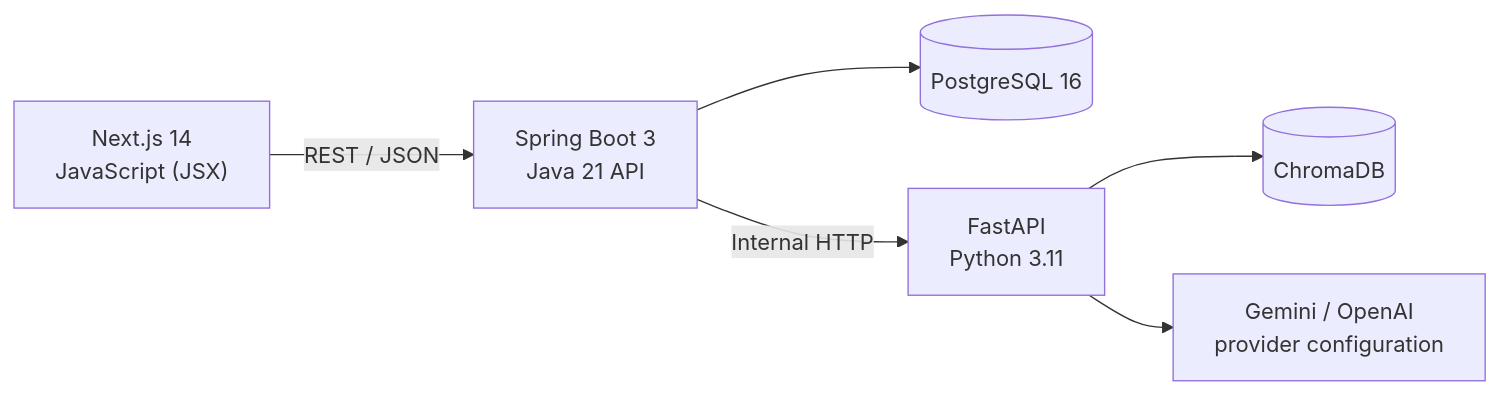
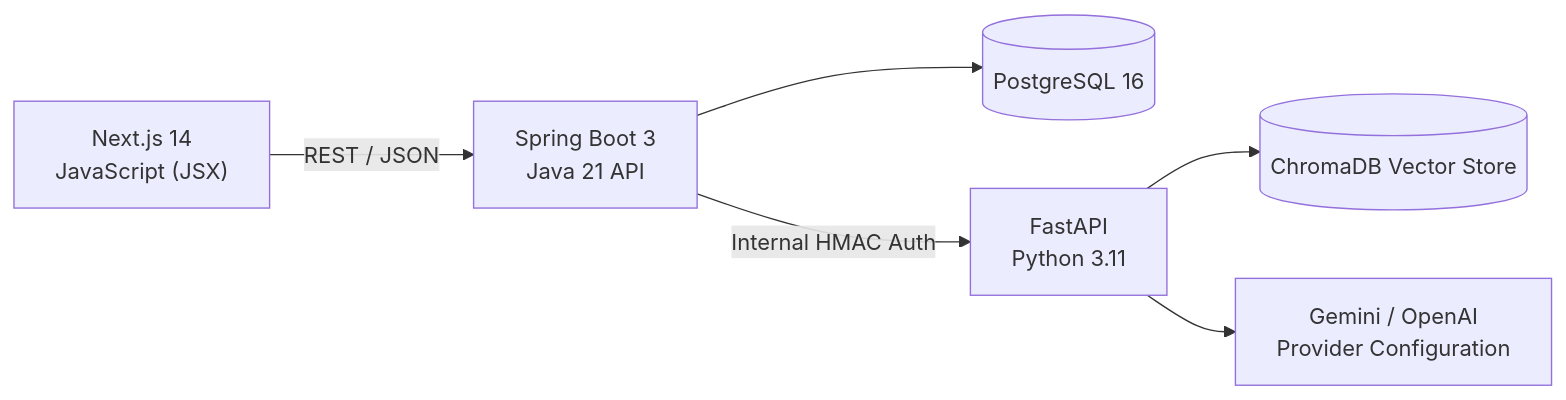
Before and after one commit to suvansha-ag21/CareerPilot-AI-v2: the diagram in README.md, drawn with Mermaid. The commit also changed other lines of this file, not shown here.

````diff
--- a/README.md
+++ b/README.md
@@ -25,8 +35,8 @@
 ```mermaid
 flowchart LR
     Browser["Next.js 14<br/>JavaScript (JSX)"] -->|"REST / JSON"| API["Spring Boot 3<br/>Java 21 API"]
     API --> DB[("PostgreSQL 16")]
-    API -->|"Internal HTTP"| AI["FastAPI<br/>Python 3.11"]
-    AI --> Vector[("ChromaDB")]
-    AI --> Models["Gemini / OpenAI<br/>provider configuration"]
+    API -->|"Internal HMAC Auth"| AI["FastAPI<br/>Python 3.11"]
+    AI --> Vector[("ChromaDB Vector Store")]
+    AI --> Models["Gemini / OpenAI<br/>Provider Configuration"]
 ```
````
